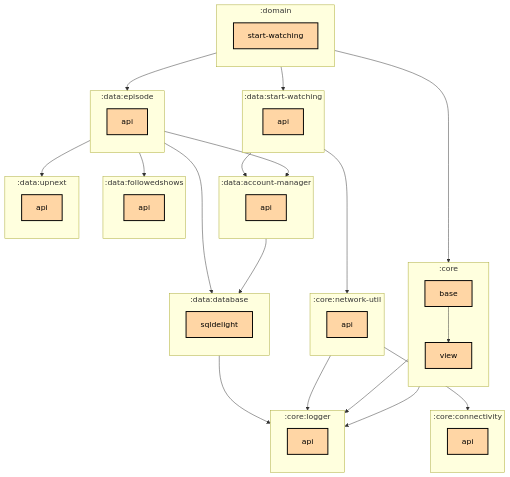
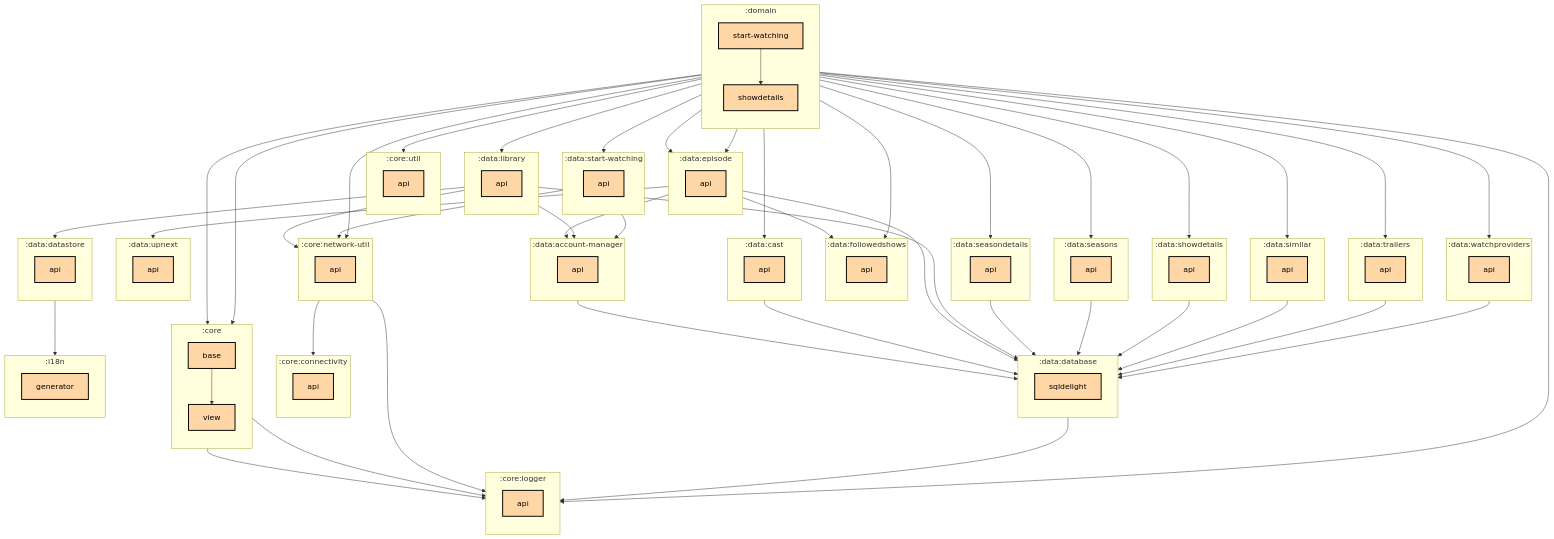
One commit to thomaskioko/tv-maniac changed the first of 2 diagrams in domain/start-watching/README.md. Above: the diagram before and after it, drawn with Mermaid. The commit also changed 22 other files, not shown here.

```diff
--- a/domain/start-watching/README.md
+++ b/domain/start-watching/README.md
@@ -22,13 +22,25 @@
     direction TB
     :core:network-util:api[api]:::multiplatform
   end
+  subgraph :core:util
+    direction TB
+    :core:util:api[api]:::multiplatform
+  end
   subgraph :data:account-manager
     direction TB
     :data:account-manager:api[api]:::multiplatform
   end
+  subgraph :data:cast
+    direction TB
+    :data:cast:api[api]:::multiplatform
+  end
   subgraph :data:database
     direction TB
     :data:database:sqldelight[sqldelight]:::multiplatform
+  end
+  subgraph :data:datastore
+    direction TB
+    :data:datastore:api[api]:::multiplatform
   end
   subgraph :data:episode
     direction TB
@@ -38,17 +50,50 @@
     direction TB
     :data:followedshows:api[api]:::multiplatform
   end
+  subgraph :data:library
+    direction TB
+    :data:library:api[api]:::multiplatform
+  end
+  subgraph :data:seasondetails
+    direction TB
+    :data:seasondetails:api[api]:::multiplatform
+  end
+  subgraph :data:seasons
+    direction TB
+    :data:seasons:api[api]:::multiplatform
+  end
+  subgraph :data:showdetails
+    direction TB
+    :data:showdetails:api[api]:::multiplatform
+  end
+  subgraph :data:similar
+    direction TB
+    :data:similar:api[api]:::multiplatform
+  end
   subgraph :data:start-watching
     direction TB
     :data:start-watching:api[api]:::multiplatform
+  end
+  subgraph :data:trailers
+    direction TB
+    :data:trailers:api[api]:::multiplatform
   end
   subgraph :data:upnext
     direction TB
     :data:upnext:api[api]:::multiplatform
   end
+  subgraph :data:watchproviders
+    direction TB
+    :data:watchproviders:api[api]:::multiplatform
+  end
   subgraph :domain
     direction TB
+    :domain:showdetails[showdetails]:::multiplatform
     :domain:start-watching[start-watching]:::multiplatform
+  end
+  subgraph :i18n
+    direction TB
+    :i18n:generator[generator]:::multiplatform
   end
 
   :core:base --> :core:logger:api
@@ -57,16 +102,43 @@
   :core:network-util:api --> :core:logger:api
   :core:view --> :core:logger:api
   :data:account-manager:api --> :data:database:sqldelight
+  :data:cast:api --> :data:database:sqldelight
   :data:database:sqldelight --> :core:logger:api
+  :data:datastore:api --> :i18n:generator
   :data:episode:api --> :data:account-manager:api
   :data:episode:api --> :data:database:sqldelight
   :data:episode:api --> :data:followedshows:api
   :data:episode:api --> :data:upnext:api
+  :data:library:api --> :core:network-util:api
+  :data:library:api --> :data:account-manager:api
+  :data:library:api --> :data:database:sqldelight
+  :data:library:api --> :data:datastore:api
+  :data:seasondetails:api --> :data:database:sqldelight
+  :data:seasons:api --> :data:database:sqldelight
+  :data:showdetails:api --> :data:database:sqldelight
+  :data:similar:api --> :data:database:sqldelight
   :data:start-watching:api --> :core:network-util:api
   :data:start-watching:api --> :data:account-manager:api
+  :data:trailers:api --> :data:database:sqldelight
+  :data:watchproviders:api --> :data:database:sqldelight
+  :domain:showdetails --> :core:base
+  :domain:showdetails --> :core:util:api
+  :domain:showdetails --> :data:cast:api
+  :domain:showdetails --> :data:episode:api
+  :domain:showdetails --> :data:followedshows:api
+  :domain:showdetails --> :data:library:api
+  :domain:showdetails --> :data:seasondetails:api
+  :domain:showdetails --> :data:seasons:api
+  :domain:showdetails --> :data:showdetails:api
+  :domain:showdetails --> :data:similar:api
+  :domain:showdetails --> :data:trailers:api
+  :domain:showdetails --> :data:watchproviders:api
   :domain:start-watching --> :core:base
+  :domain:start-watching --> :core:logger:api
+  :domain:start-watching --> :core:network-util:api
   :domain:start-watching --> :data:episode:api
   :domain:start-watching --> :data:start-watching:api
+  :domain:start-watching --> :domain:showdetails
 
 classDef application fill:#CAFFBF,stroke:#000,stroke-width:2px,color:#000;
 classDef multiplatform fill:#FFD6A5,stroke:#000,stroke-width:2px,color:#000;
```
